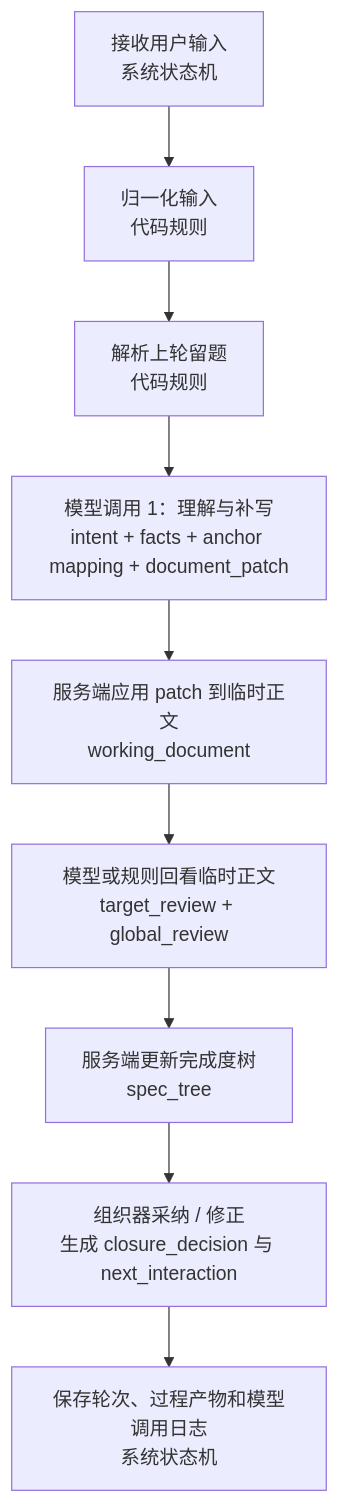
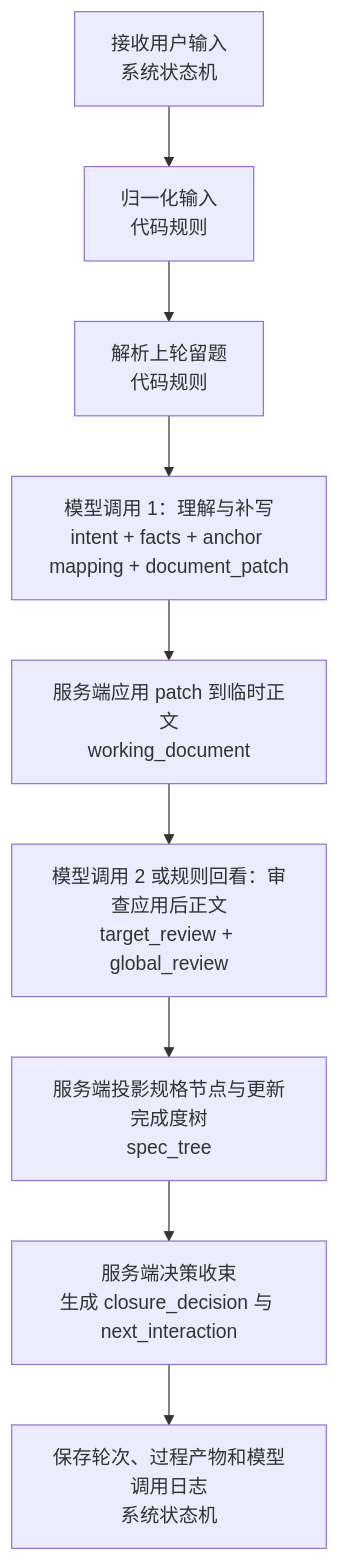
One commit to wgwtest/CodeFactoryV2 changed diagram 26 of 35 in DOC/CODEX_DOC/02_设计说明/P2_需求分析系统/P2-需求分析系统设计.md. Above: the diagram before and after it, drawn with Mermaid. The commit also changed other lines of this file and 17 other files, not shown here.

````diff
--- a/DOC/CODEX_DOC/02_设计说明/P2_需求分析系统/P2-需求分析系统设计.md
+++ b/DOC/CODEX_DOC/02_设计说明/P2_需求分析系统/P2-需求分析系统设计.md
@@ -3137,14 +3214,14 @@
 ```mermaid
 flowchart TB
   A["接收用户输入<br/>系统状态机"]
   B["归一化输入<br/>代码规则"]
   C["解析上轮留题<br/>代码规则"]
   D["模型调用 1：理解与补写<br/>intent + facts + anchor mapping + document_patch"]
   E["服务端应用 patch 到临时正文<br/>working_document"]
-  F["模型或规则回看临时正文<br/>target_review + global_review"]
-  G["服务端更新完成度树<br/>spec_tree"]
-  H["组织器采纳 / 修正<br/>生成 closure_decision 与 next_interaction"]
+  F["模型调用 2 或规则回看：审查应用后正文<br/>target_review + global_review"]
+  G["服务端投影规格节点与更新完成度树<br/>spec_tree"]
+  H["服务端决策收束<br/>生成 closure_decision 与 next_interaction"]
   I["保存轮次、过程产物和模型调用日志<br/>系统状态机"]
 
   A --> B --> C --> D --> E --> F --> G --> H --> I
 ```
````
